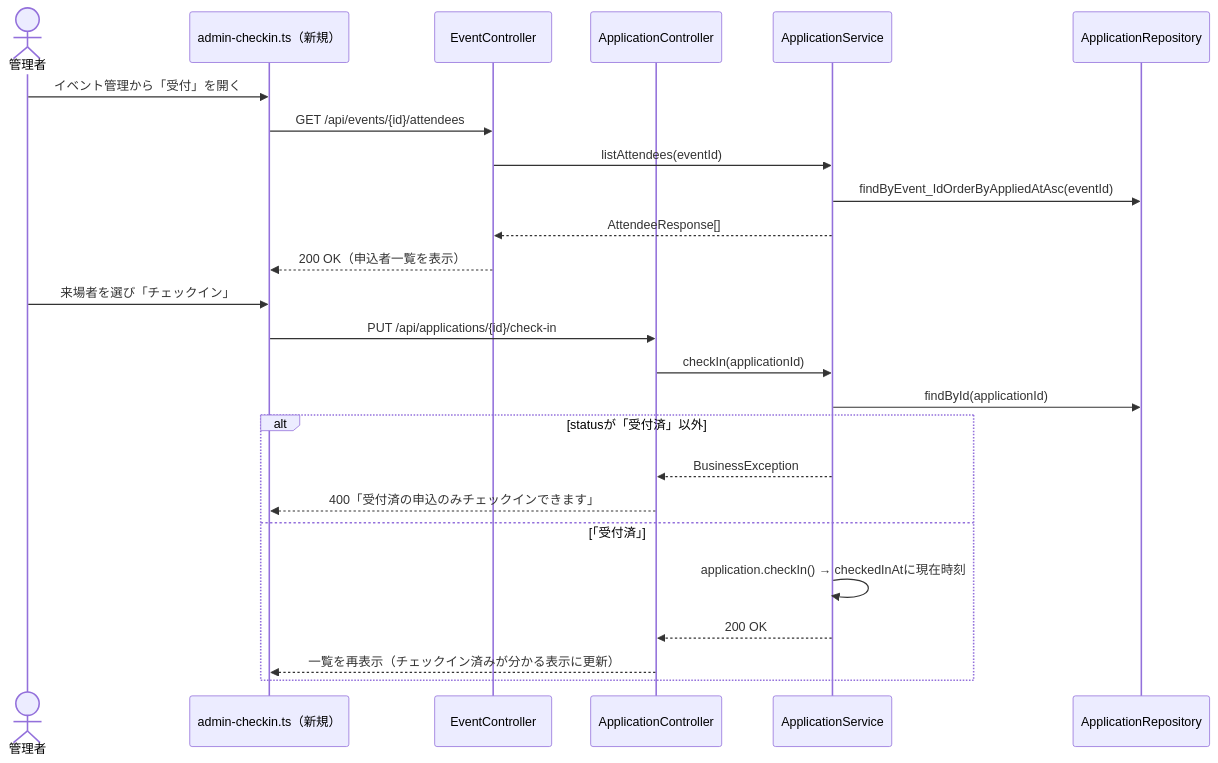
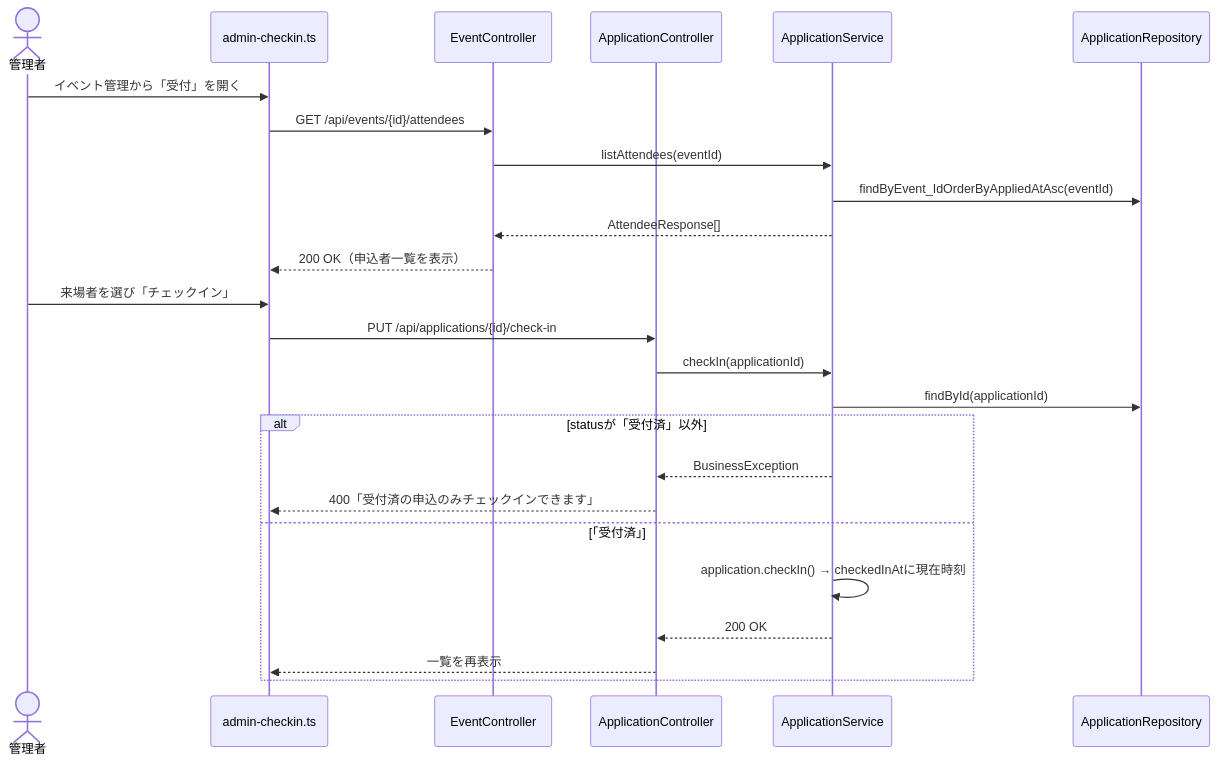
Before and after one commit to sasaki111111/event-application-system: the tenth of 12 diagrams in docs/design/詳細設計書_v2.0.md, drawn with Mermaid. The commit also changed other lines of this file and 7 other files, not shown here.

````diff
--- a/docs/design/詳細設計書_v2.0.md
+++ b/docs/design/詳細設計書_v2.0.md
@@ -220,27 +398,27 @@
 ```mermaid
 sequenceDiagram
   actor A as 管理者
-  participant FE as admin-checkin.ts（新規）
+  participant FE as admin-checkin.ts
   participant EC as EventController
   participant AC as ApplicationController
   participant S as ApplicationService
   participant AR as ApplicationRepository
   A->>FE: イベント管理から「受付」を開く
   FE->>EC: GET /api/events/{id}/attendees
   EC->>S: listAttendees(eventId)
   S->>AR: findByEvent_IdOrderByAppliedAtAsc(eventId)
   S-->>EC: AttendeeResponse[]
   EC-->>FE: 200 OK（申込者一覧を表示）
   A->>FE: 来場者を選び「チェックイン」
   FE->>AC: PUT /api/applications/{id}/check-in
   AC->>S: checkIn(applicationId)
   S->>AR: findById(applicationId)
   alt statusが「受付済」以外
     S-->>AC: BusinessException
     AC-->>FE: 400「受付済の申込のみチェックインできます」
   else 「受付済」
     S->>S: application.checkIn() → checkedInAtに現在時刻
     S-->>AC: 200 OK
-    AC-->>FE: 一覧を再表示（チェックイン済みが分かる表示に更新）
+    AC-->>FE: 一覧を再表示
   end
 ```
````
